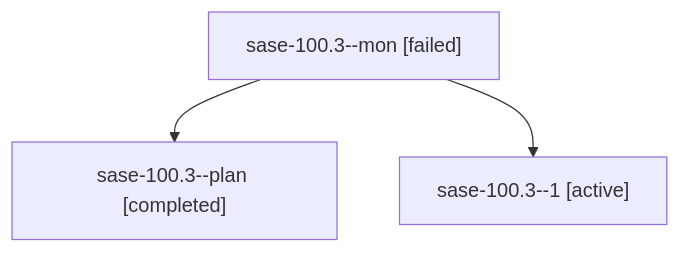
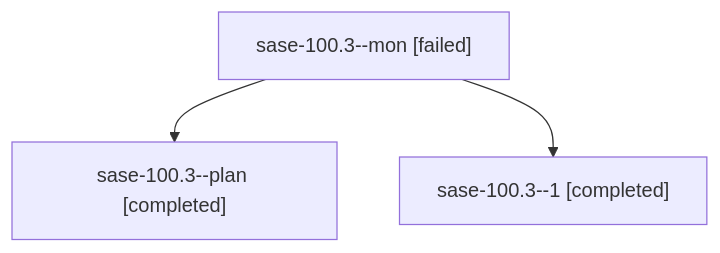
Before and after one commit to sase-org/sase--agents: the diagram in families/bbugyi200.apollo.sase-100.3.md, drawn with Mermaid. The commit also changed other lines of this file and 127 other files, not shown here.

````diff
--- a/families/bbugyi200.apollo.sase-100.3.md
+++ b/families/bbugyi200.apollo.sase-100.3.md
@@ -9,8 +9,8 @@
 ```mermaid
 flowchart TD
   n0["sase-100.3--mon [failed]"]
   n1["sase-100.3--plan [completed]"]
   n0 --> n1
-  n2["sase-100.3--1 [active]"]
+  n2["sase-100.3--1 [completed]"]
   n0 --> n2
 ```
````
